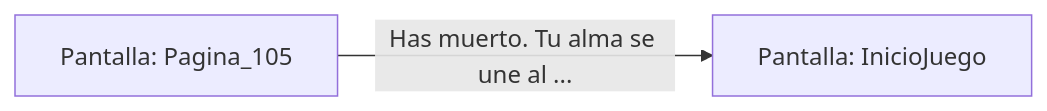
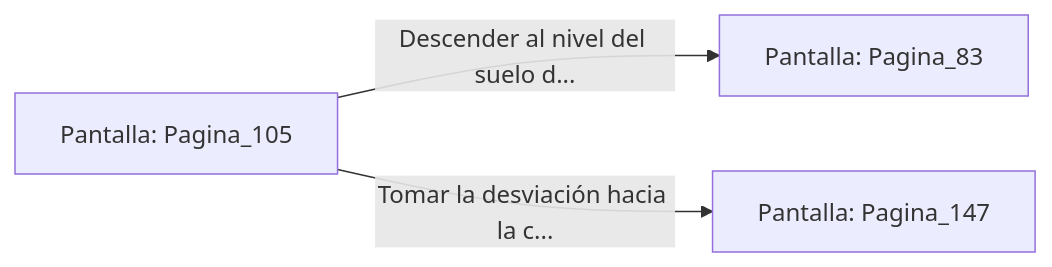
One commit to metsuke/mpl changed the diagram in sample/eligejuego-vault/Pantalla_Pagina_105.md. Above: the diagram before and after it, drawn with Mermaid. The commit also changed other lines of this file and 635 other files, not shown here.

First line of the commit message:
fix: añadir Pagina_1 como pantalla inicial en capitulo_01.mpl

````diff
--- a/sample/eligejuego-vault/Pantalla_Pagina_105.md
+++ b/sample/eligejuego-vault/Pantalla_Pagina_105.md
@@ -17,5 +24,6 @@
 ```mermaid
 graph LR
     P_Pagina_105["Pantalla: Pagina_105"]
-    P_Pagina_105 -->|"Has muerto. Tu alma se une al ..."| P_InicioJuego["Pantalla: InicioJuego"]
+    P_Pagina_105 -->|"Descender al nivel del suelo d..."| P_Pagina_83["Pantalla: Pagina_83"]
+    P_Pagina_105 -->|"Tomar la desviación hacia la c..."| P_Pagina_147["Pantalla: Pagina_147"]
 ```
````
